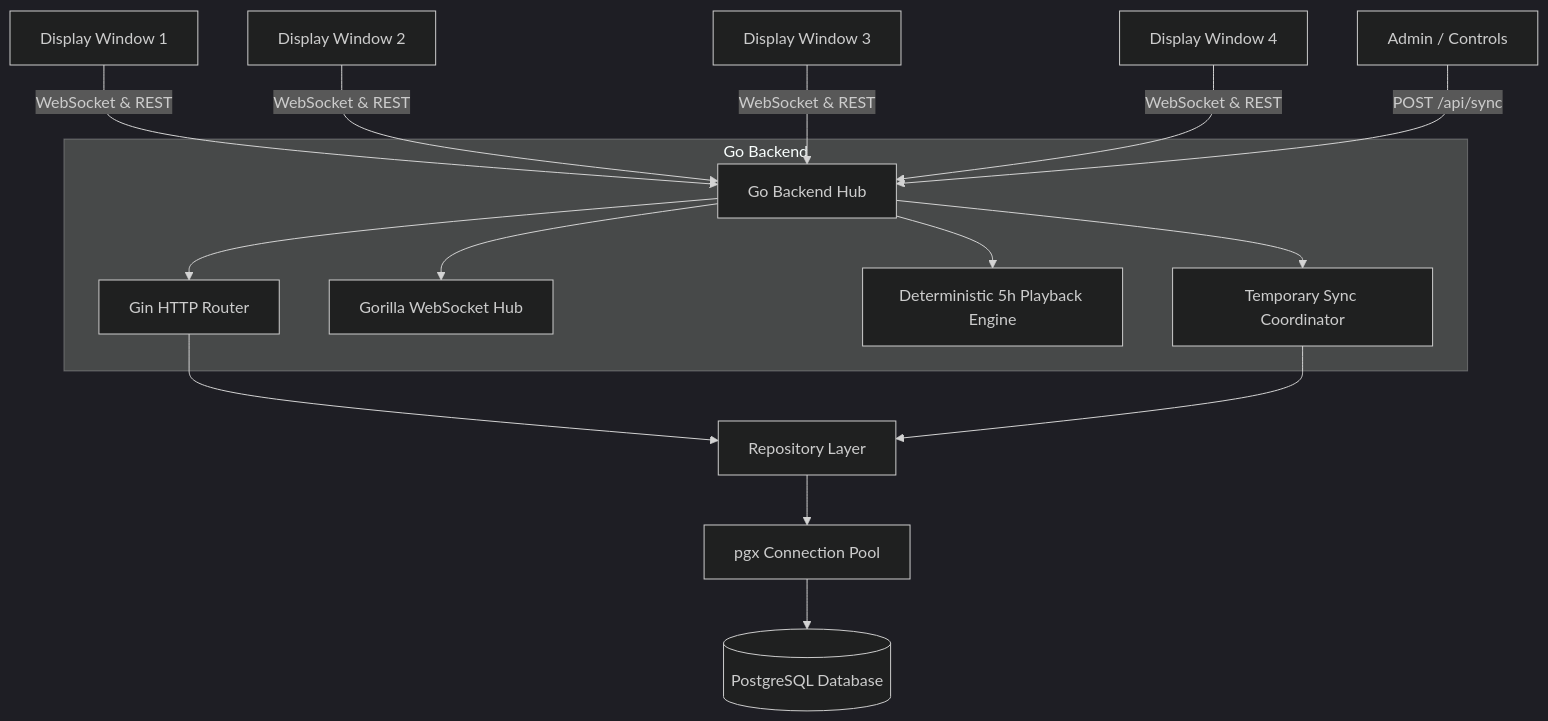
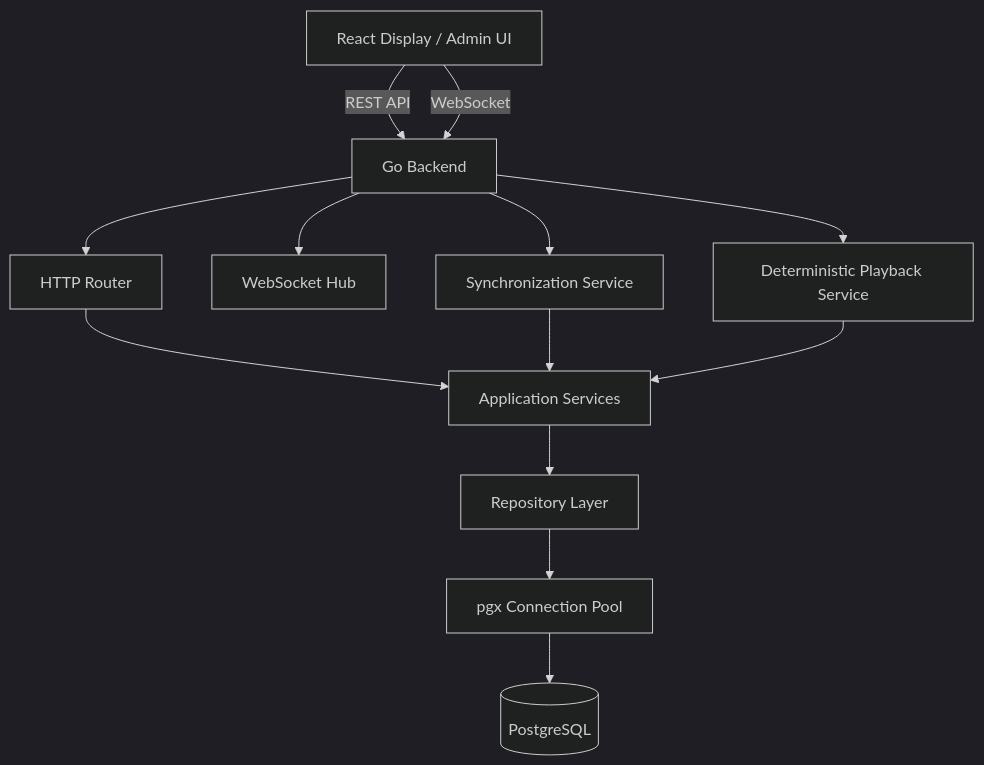
Before and after one commit to harshit-mangal/multi-window-media-sequencer: the diagram in README.md, drawn with Mermaid (dark theme). The commit also changed other lines of this file, not shown here.

````diff
--- a/README.md
+++ b/README.md
@@ -11,20 +105,16 @@
-```mermaid
+``` mermaid
 graph TD
-    Client1[Display Window 1] -->|WebSocket & REST| Server[Go Backend Hub]
-    Client2[Display Window 2] -->|WebSocket & REST| Server
-    Client3[Display Window 3] -->|WebSocket & REST| Server
-    Client4[Display Window 4] -->|WebSocket & REST| Server
-    Admin[Admin / Controls] -->|POST /api/sync| Server
-
-    subgraph Go Backend
-        Server --> Router[Gin HTTP Router]
-        Server --> WSHub[Gorilla WebSocket Hub]
-        Server --> Engine[Deterministic 5h Playback Engine]
-        Server --> SyncEngine[Temporary Sync Coordinator]
-    end
-
-    Router --> Repos[Repository Layer]
-    SyncEngine --> Repos
-    Repos --> Pool[pgx Connection Pool]
-    Pool --> PostgreSQL[(PostgreSQL Database)]
+    Browser[React Display / Admin UI]
+    Browser -->|REST API| Backend[Go Backend]
+    Browser -->|WebSocket| Backend
+    Backend --> Router[HTTP Router]
+    Backend --> WSHub[WebSocket Hub]
+    Backend --> Playback[Deterministic Playback Service]
+    Backend --> Sync[Synchronization Service]
+    Router --> Services[Application Services]
+    Sync --> Services
+    Playback --> Services
+    Services --> Repositories[Repository Layer]
+    Repositories --> Pool[pgx Connection Pool]
+    Pool --> PostgreSQL[(PostgreSQL)]
 ```
````
